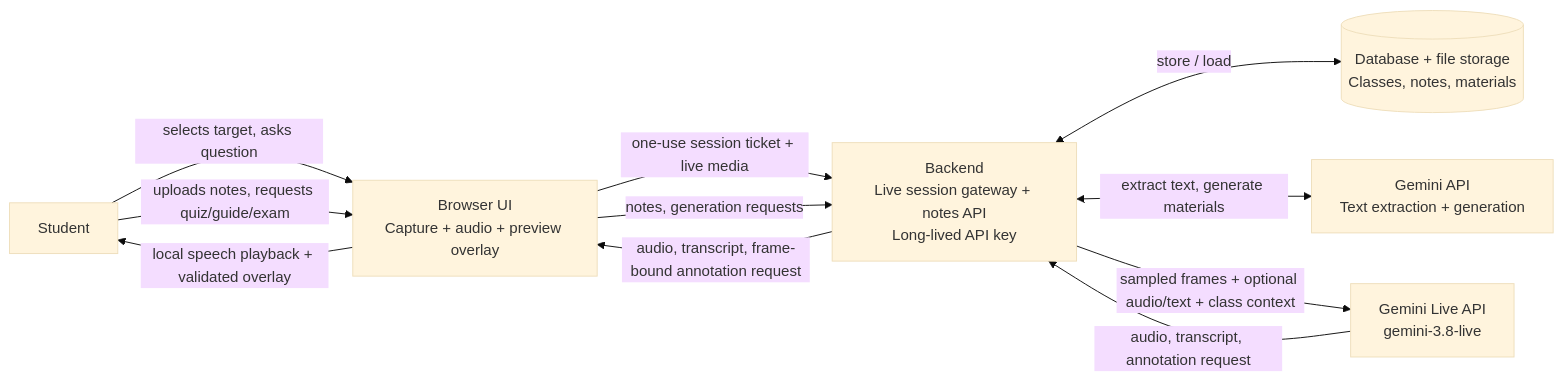
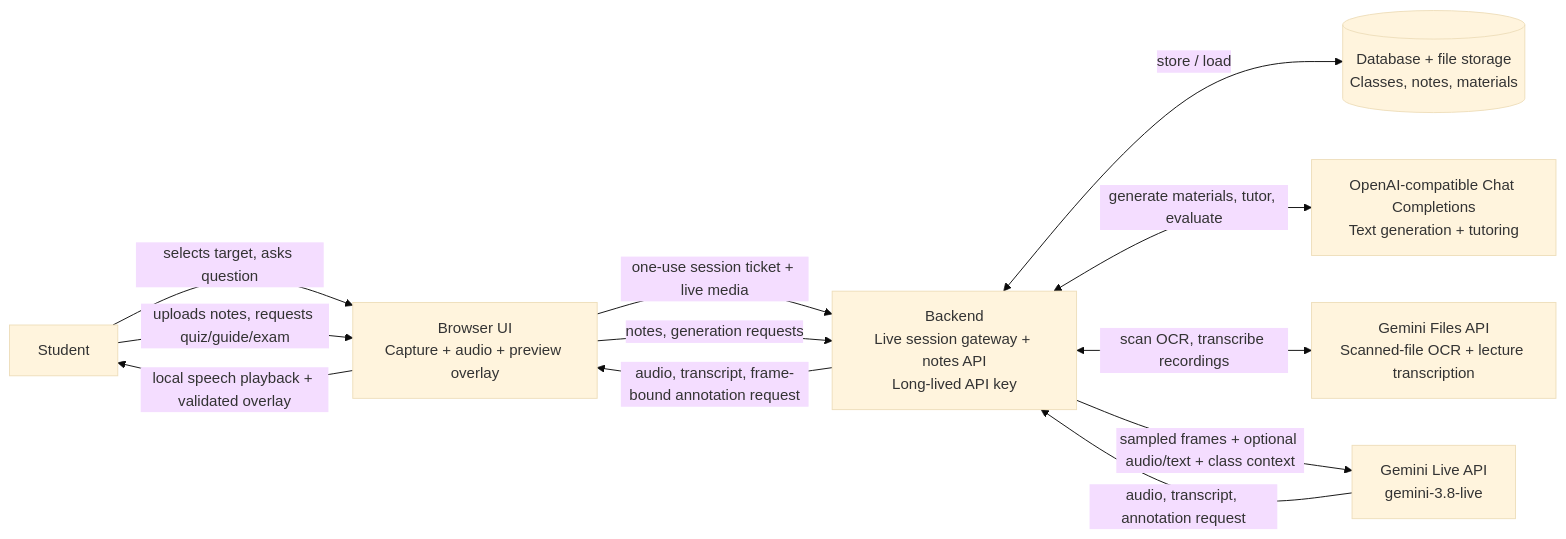
One commit to allenz2423/hackruf26 changed the diagram in docs/design.md. Above: the diagram before and after it, drawn with Mermaid (base theme). The commit also changed other lines of this file and 43 other files, not shown here.

````diff
--- a/docs/design.md
+++ b/docs/design.md
@@ -143,20 +143,22 @@
 ```mermaid
 flowchart LR
     U[Student]
     C[Browser UI\nCapture + audio + preview overlay]
     T[Backend\nLive session gateway + notes API\nLong-lived API key]
     D[(Database + file storage\nClasses, notes, materials)]
     G[Gemini Live API\ngemini-3.8-live]
-    M[Gemini API\nText extraction + generation]
+    M[OpenAI-compatible Chat Completions\nText generation + tutoring]
+    F[Gemini Files API\nScanned-file OCR + lecture transcription]
 
     U -->|selects target, asks question| C
     U -->|uploads notes, requests quiz/guide/exam| C
     C -->|one-use session ticket + live media| T
     C -->|notes, generation requests| T
     T <-->|store / load| D
-    T <-->|extract text, generate materials| M
+    T <-->|generate materials, tutor, evaluate| M
+    T <-->|scan OCR, transcribe recordings| F
     T -->|sampled frames + optional audio/text + class context| G
     G -->|audio, transcript, annotation request| T
     T -->|audio, transcript, frame-bound annotation request| C
     C -->|local speech playback + validated overlay| U
 ```
````
